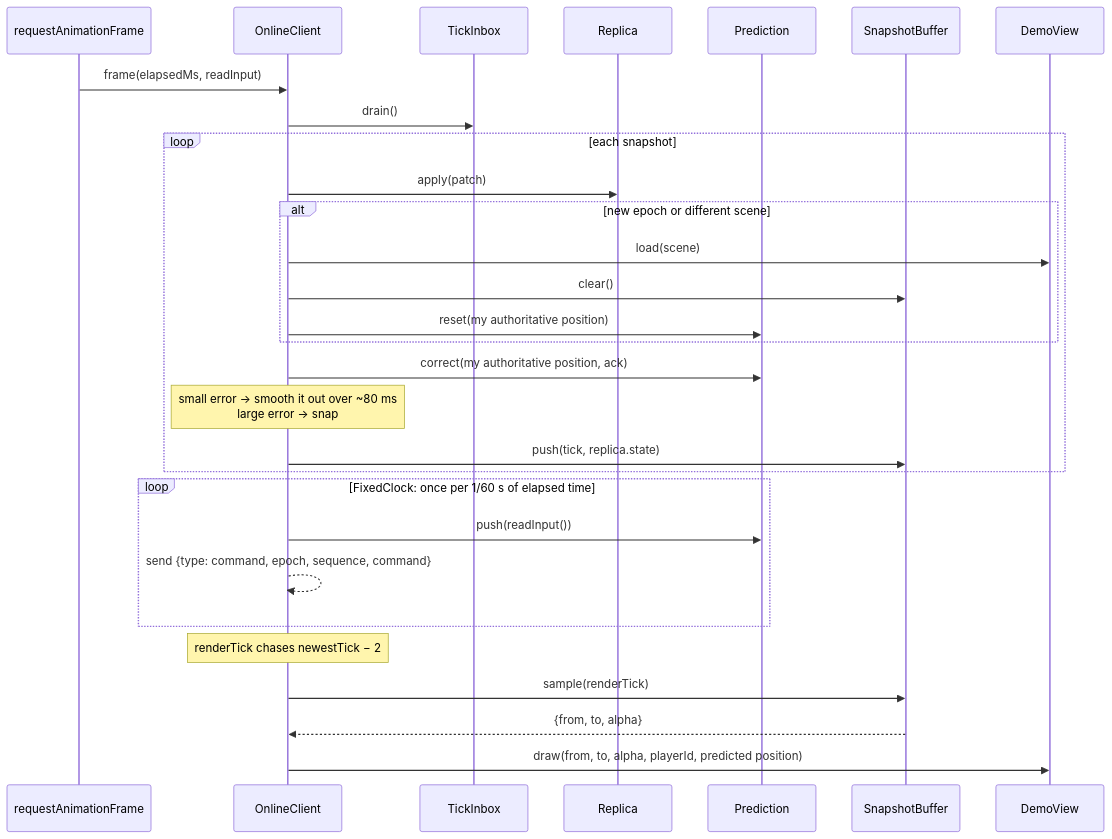
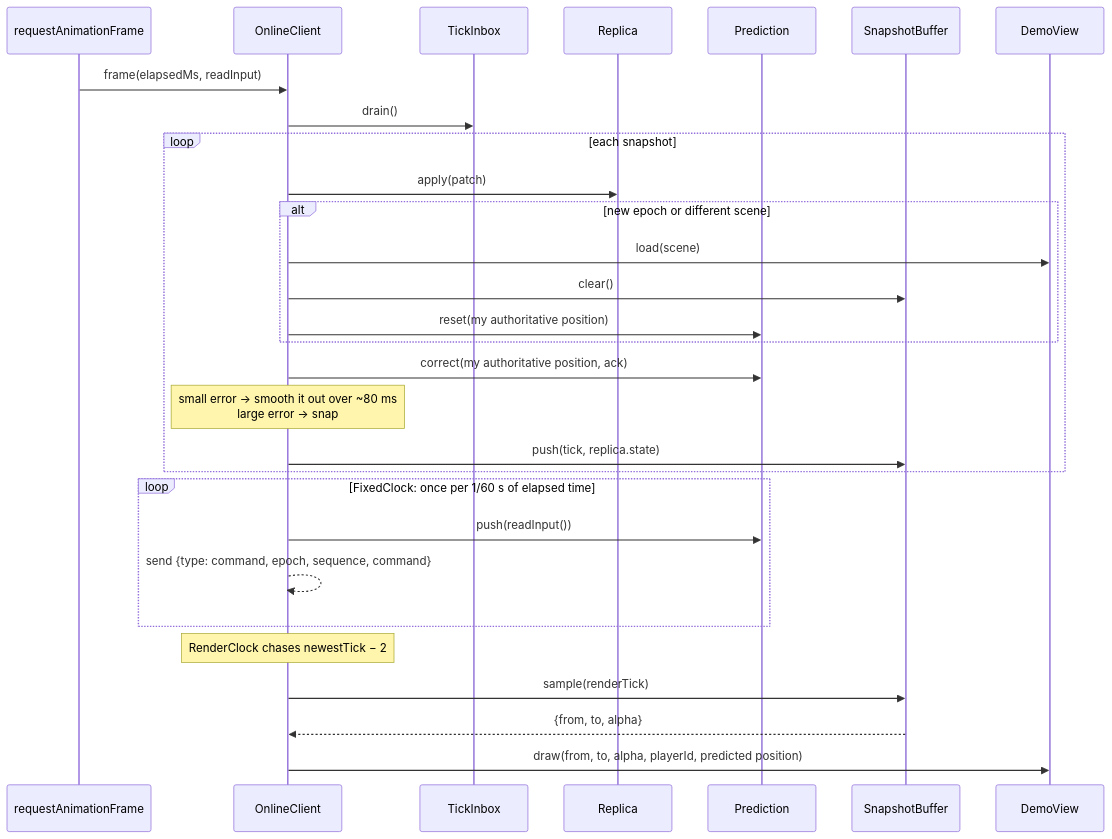
One commit to jensbaagaard/gameEngineTS-rapier changed the fourth of 8 diagrams in ARCHITECTURE.md. Above: the diagram before and after it, drawn with Mermaid. The commit also changed other lines of this file and 11 other files, not shown here.

````diff
--- a/ARCHITECTURE.md
+++ b/ARCHITECTURE.md
@@ -140,32 +140,32 @@
 ```mermaid
 sequenceDiagram
   participant F as requestAnimationFrame
   participant O as OnlineClient
   participant I as TickInbox
   participant Rp as Replica
   participant Pr as Prediction
   participant H as SnapshotBuffer
   participant V as DemoView
 
   F->>O: frame(elapsedMs, readInput)
   O->>I: drain()
   loop each snapshot
     O->>Rp: apply(patch)
     alt new epoch or different scene
       O->>V: load(scene)
       O->>H: clear()
       O->>Pr: reset(my authoritative position)
     end
     O->>Pr: correct(my authoritative position, ack)
     Note over O: small error → smooth it out over ~80 ms<br/>large error → snap
     O->>H: push(tick, replica.state)
   end
   loop FixedClock: once per 1/60 s of elapsed time
     O->>Pr: push(readInput())
     O-->>O: send {type: command, epoch, sequence, command}
   end
-  Note over O: renderTick chases newestTick − 2
+  Note over O: RenderClock chases newestTick − 2
   O->>H: sample(renderTick)
   H-->>O: {from, to, alpha}
   O->>V: draw(from, to, alpha, playerId, predicted position)
 ```
````
